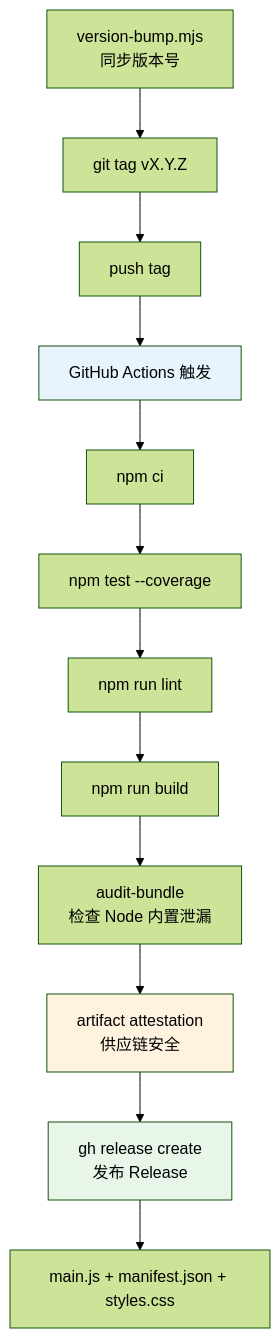
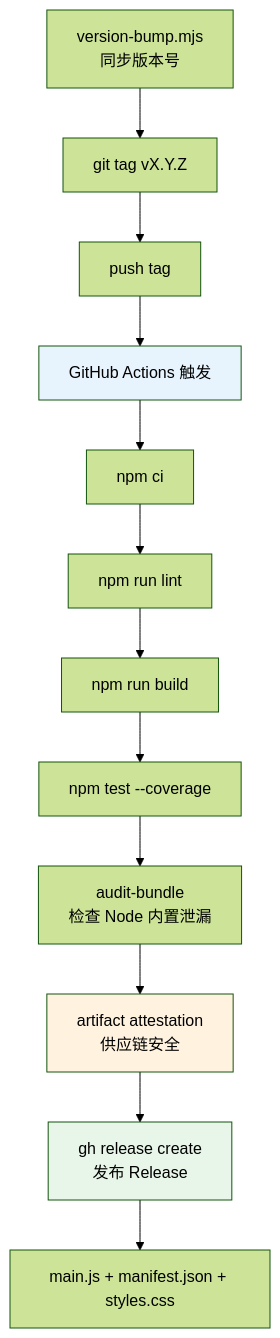
One commit to edonyzpc/personal-assistant changed diagram 14 of 14 in docs/architecture/architecture-overview.md. Above: the diagram before and after it, drawn with Mermaid (forest theme). The commit also changed 9 other files, not shown here.

````diff
--- a/docs/architecture/architecture-overview.md
+++ b/docs/architecture/architecture-overview.md
@@ -903,18 +903,18 @@
 ```mermaid
 graph TB
     A[version-bump.mjs<br/>同步版本号] --> B[git tag vX.Y.Z]
     B --> C[push tag]
     C --> D[GitHub Actions 触发]
     D --> E[npm ci]
-    E --> F[npm test --coverage]
-    F --> G[npm run lint]
-    G --> H[npm run build]
+    E --> F[npm run lint]
+    F --> G[npm run build]
+    G --> H[npm test --coverage]
     H --> I[audit-bundle<br/>检查 Node 内置泄漏]
     I --> J[artifact attestation<br/>供应链安全]
     J --> K[gh release create<br/>发布 Release]
     K --> L[main.js + manifest.json + styles.css]
 
     style D fill:#e8f4fd
     style J fill:#fff3e0
     style K fill:#e8f5e9
 ```
````
